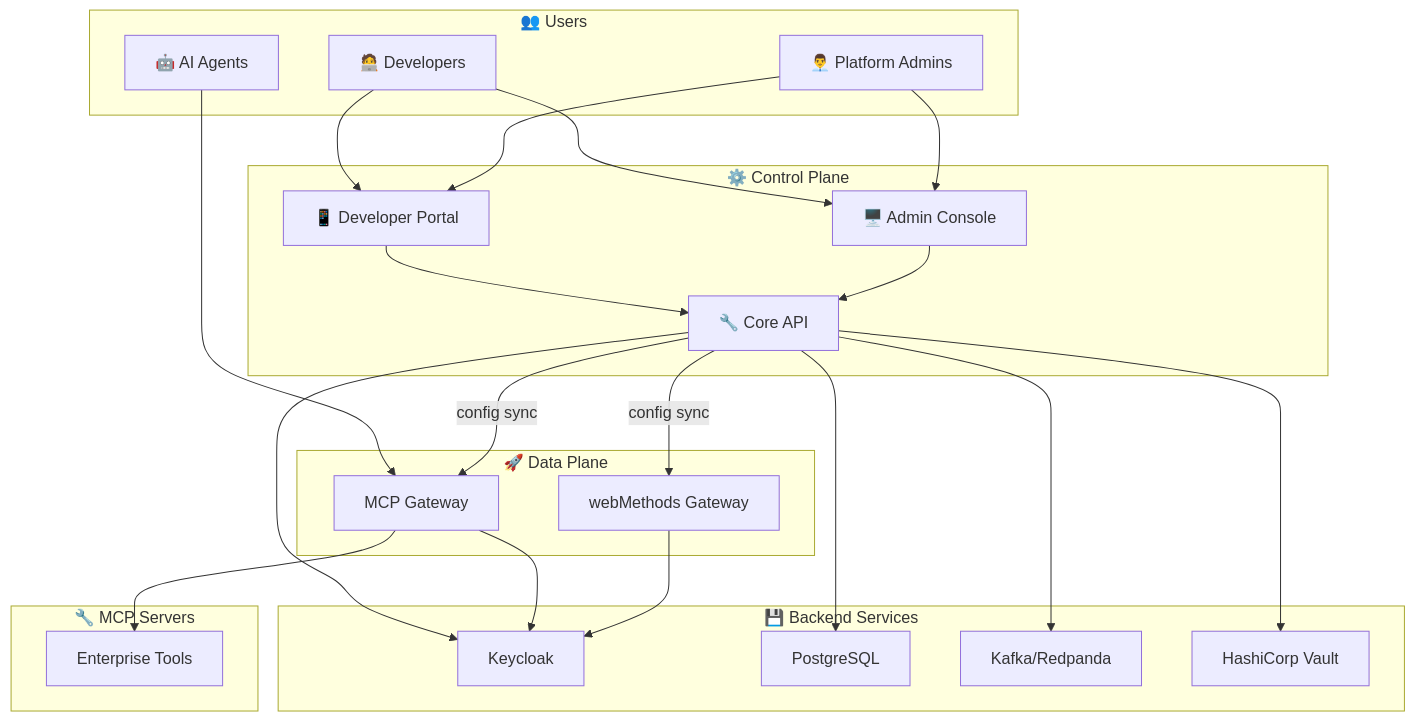
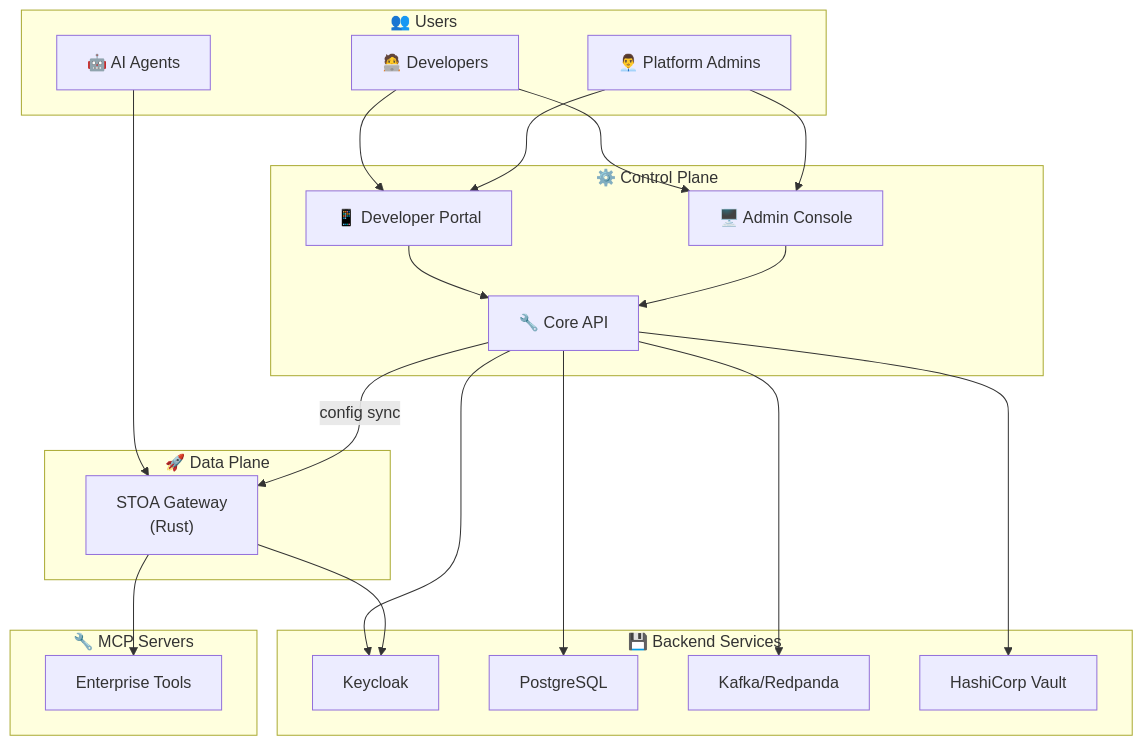
The first of 2 diagrams in docs/concepts/architecture.md (stoa-platform/stoa-docs), drawn with Mermaid before and after one commit. The commit also changed other lines of this file and 3 other files, not shown here.

First line of the commit message:
fix(docs): update gateway docs to reflect Rust production status

````diff
--- a/docs/concepts/architecture.md
+++ b/docs/concepts/architecture.md
@@ -16,38 +16,37 @@
 ```mermaid
 flowchart TB
     subgraph Users["👥 Users"]
         Dev["🧑‍💻 Developers"]
         Admin["👨‍💼 Platform Admins"]
         AI["🤖 AI Agents"]
     end
 
     subgraph ControlPlane["⚙️ Control Plane"]
         Portal["📱 Developer Portal"]
         Console["🖥️ Admin Console"]
         CoreAPI["🔧 Core API"]
     end
 
     subgraph DataPlane["🚀 Data Plane"]
-        MCPGateway["MCP Gateway"]
-        WMGateway["webMethods Gateway"]
+        MCPGateway["STOA Gateway<br/>(Rust)"]
     end
 
     subgraph Backend["💾 Backend Services"]
         KC["Keycloak"]
         PG["PostgreSQL"]
         Kafka["Kafka/Redpanda"]
         Vault["HashiCorp Vault"]
     end
 
     subgraph MCP["🔧 MCP Servers"]
         Tools["Enterprise Tools"]
     end
 
     Dev & Admin --> Portal & Console
     AI --> MCPGateway
     Portal & Console --> CoreAPI
-    CoreAPI -->|"config sync"| MCPGateway & WMGateway
+    CoreAPI -->|"config sync"| MCPGateway
     MCPGateway --> Tools
     CoreAPI --> PG & Kafka & KC & Vault
-    MCPGateway & WMGateway --> KC
+    MCPGateway --> KC
 ```
````
